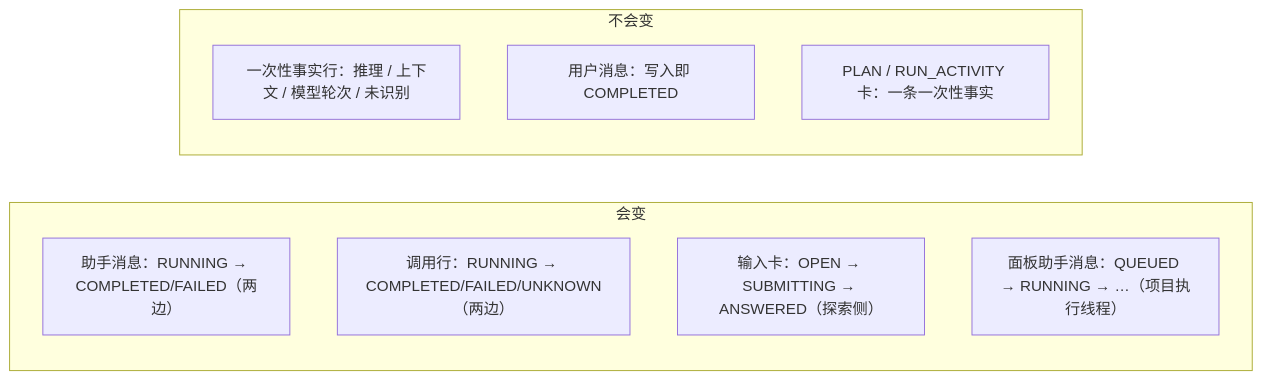
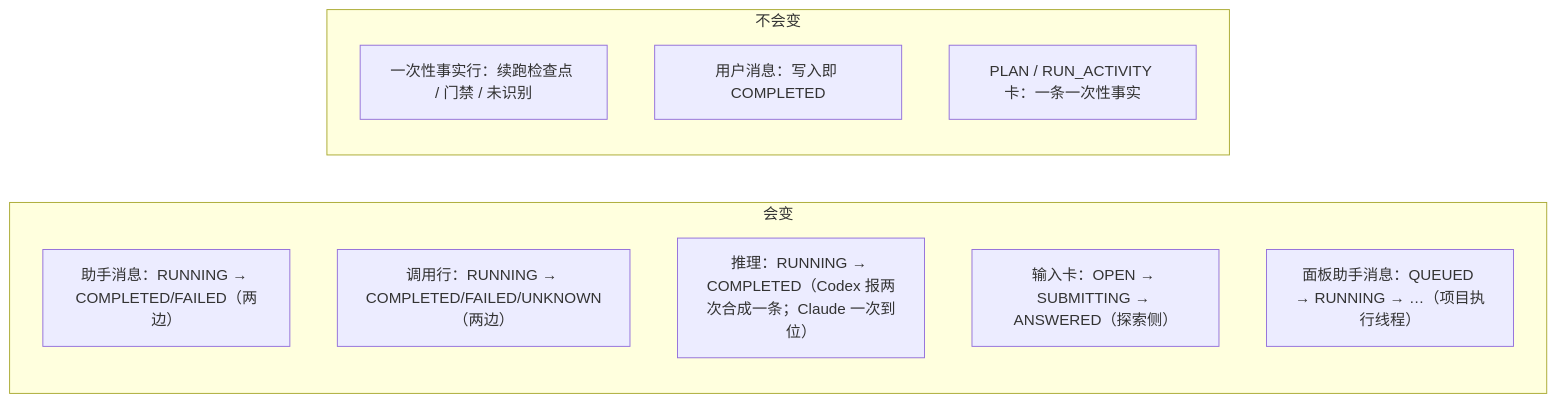
The tenth of 10 diagrams in docs/消息类型及事件状态机流程图.md (DigitalMarsh/pipeline-factory), drawn with Mermaid before and after one commit. The commit also changed other lines of this file and 4 other files, not shown here.

````diff
--- a/docs/消息类型及事件状态机流程图.md
+++ b/docs/消息类型及事件状态机流程图.md
@@ -1251,14 +1336,15 @@
 ```mermaid
 flowchart LR
   subgraph 会变
     M1["助手消息：RUNNING → COMPLETED/FAILED（两边）"]
     M2["调用行：RUNNING → COMPLETED/FAILED/UNKNOWN（两边）"]
-    M3["输入卡：OPEN → SUBMITTING → ANSWERED（探索侧）"]
-    M4["面板助手消息：QUEUED → RUNNING → …（项目执行线程）"]
+    M3["推理：RUNNING → COMPLETED（Codex 报两次合成一条；Claude 一次到位）"]
+    M4["输入卡：OPEN → SUBMITTING → ANSWERED（探索侧）"]
+    M5["面板助手消息：QUEUED → RUNNING → …（项目执行线程）"]
   end
   subgraph 不会变
-    F1["一次性事实行：推理 / 上下文 / 模型轮次 / 未识别"]
+    F1["一次性事实行：续跑检查点 / 门禁 / 未识别"]
     F2["用户消息：写入即 COMPLETED"]
     F3["PLAN / RUN_ACTIVITY 卡：一条一次性事实"]
   end
 ```
````
